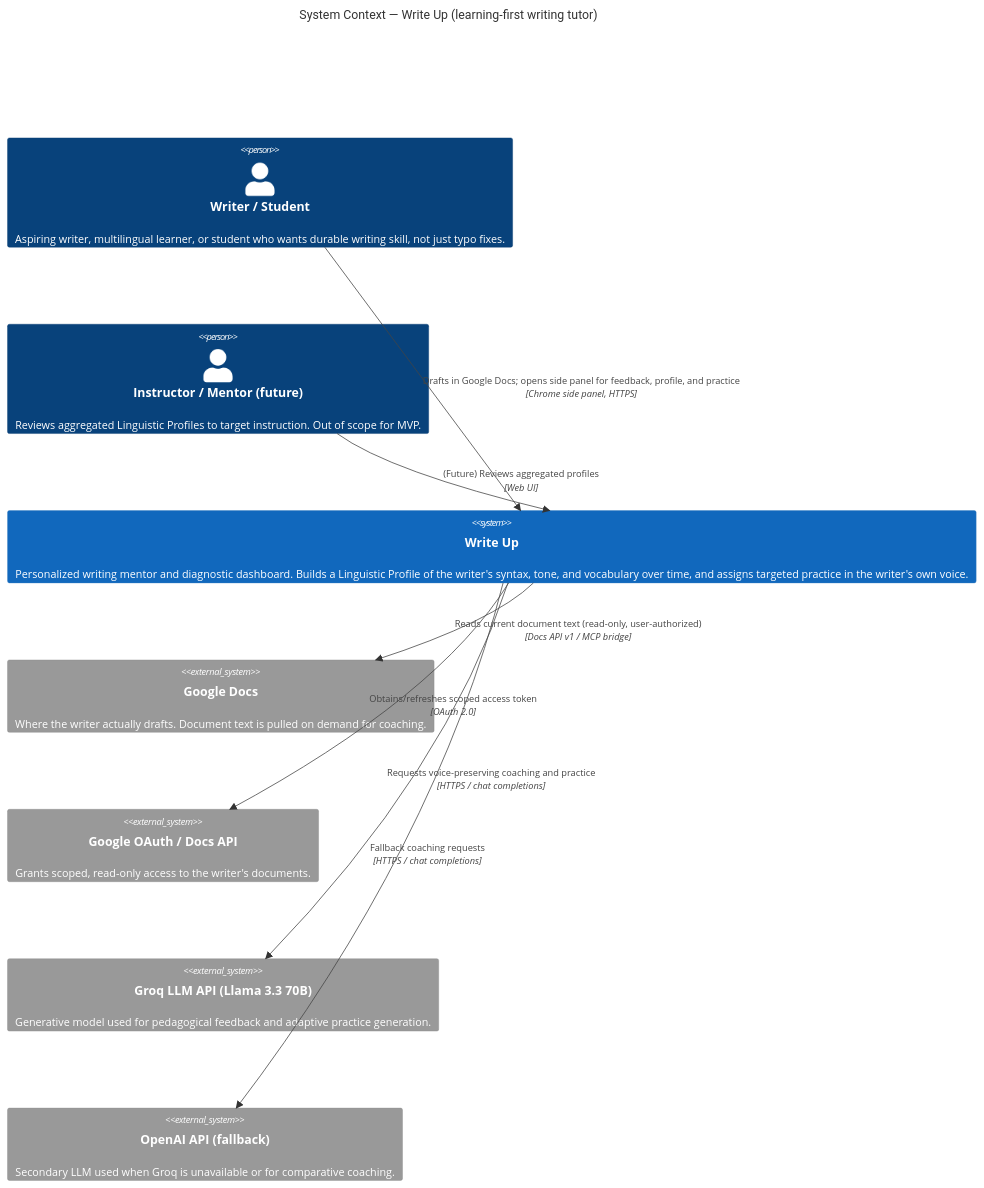
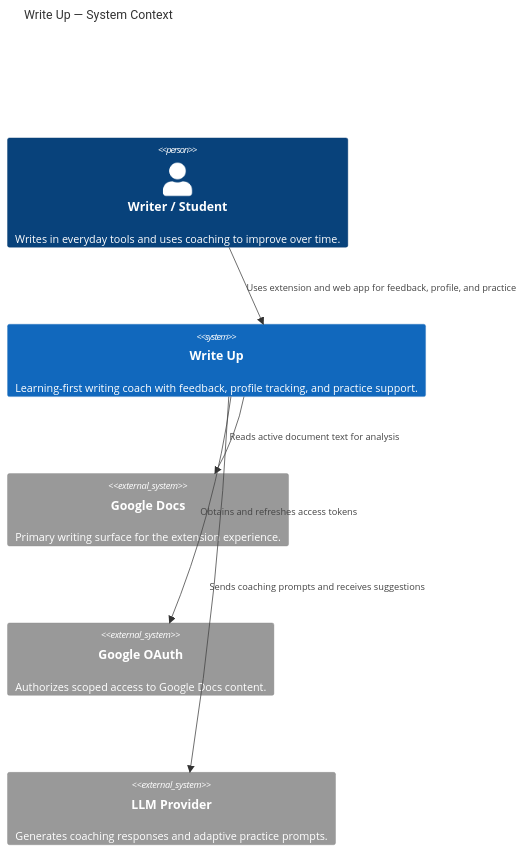
Before and after one commit to CSEN-SCU/csen-174-s26-team-project-write-up: the first of 2 diagrams in docs/architecture.md, drawn with Mermaid. The commit also changed other lines of this file, not shown here.

Commit message:
updated c4 model

````diff
--- a/docs/architecture.md
+++ b/docs/architecture.md
@@ -13,23 +11,16 @@
 ```mermaid
 C4Context
-    title System Context — Write Up (learning-first writing tutor)
+    title Write Up — System Context
 
-    Person(writer, "Writer / Student", "Aspiring writer, multilingual learner, or student who wants durable writing skill, not just typo fixes.")
-    Person(instructor, "Instructor / Mentor (future)", "Reviews aggregated Linguistic Profiles to target instruction. Out of scope for MVP.")
+    Person(writer, "Writer / Student", "Writes in everyday tools and uses coaching to improve over time.")
+    System(writeup, "Write Up", "Learning-first writing coach with feedback, profile tracking, and practice support.")
 
-    System(writeup, "Write Up", "Personalized writing mentor and diagnostic dashboard. Builds a Linguistic Profile of the writer's syntax, tone, and vocabulary over time, and assigns targeted practice in the writer's own voice.")
+    System_Ext(gdocs, "Google Docs", "Primary writing surface for the extension experience.")
+    System_Ext(gauth, "Google OAuth", "Authorizes scoped access to Google Docs content.")
+    System_Ext(llm, "LLM Provider", "Generates coaching responses and adaptive practice prompts.")
 
-    System_Ext(gdocs, "Google Docs", "Where the writer actually drafts. Document text is pulled on demand for coaching.")
-    System_Ext(gauth, "Google OAuth / Docs API", "Grants scoped, read-only access to the writer's documents.")
-    System_Ext(groq, "Groq LLM API (Llama 3.3 70B)", "Generative model used for pedagogical feedback and adaptive practice generation.")
-    System_Ext(openai, "OpenAI API (fallback)", "Secondary LLM used when Groq is unavailable or for comparative coaching.")
-
-    Rel(writer, writeup, "Drafts in Google Docs; opens side panel for feedback, profile, and practice", "Chrome side panel, HTTPS")
-    Rel(writeup, gdocs, "Reads current document text (read-only, user-authorized)", "Docs API v1 / MCP bridge")
-    Rel(writeup, gauth, "Obtains/refreshes scoped access token", "OAuth 2.0")
-    Rel(writeup, groq, "Requests voice-preserving coaching and practice", "HTTPS / chat completions")
-    Rel(writeup, openai, "Fallback coaching requests", "HTTPS / chat completions")
-    Rel(instructor, writeup, "(Future) Reviews aggregated profiles", "Web UI")
-
-    UpdateLayoutConfig($c4ShapeInRow="3", $c4BoundaryInRow="1")
+    Rel(writer, writeup, "Uses extension and web app for feedback, profile, and practice")
+    Rel(writeup, gdocs, "Reads active document text for analysis")
+    Rel(writeup, gauth, "Obtains and refreshes access tokens")
+    Rel(writeup, llm, "Sends coaching prompts and receives suggestions")
 ```
````
